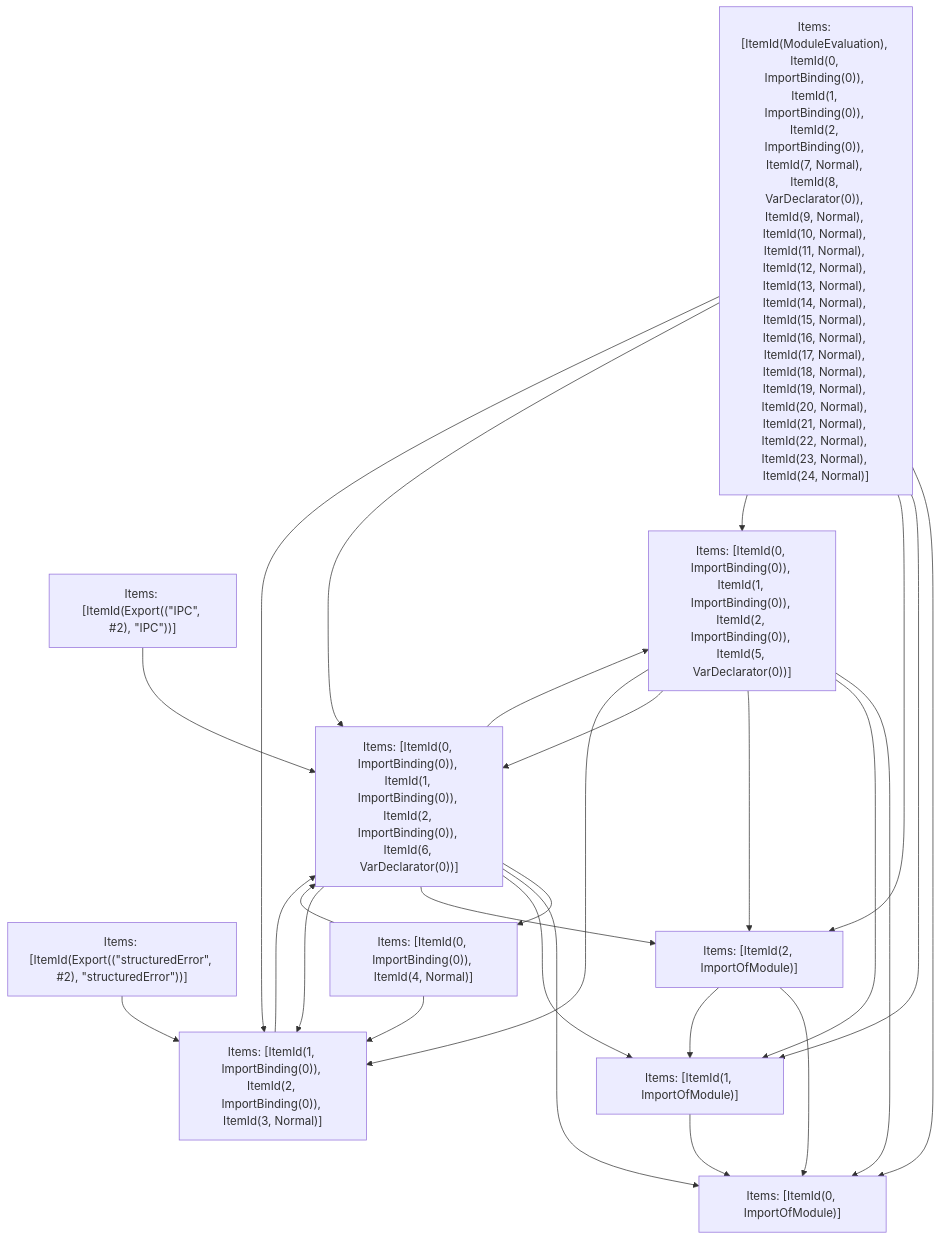
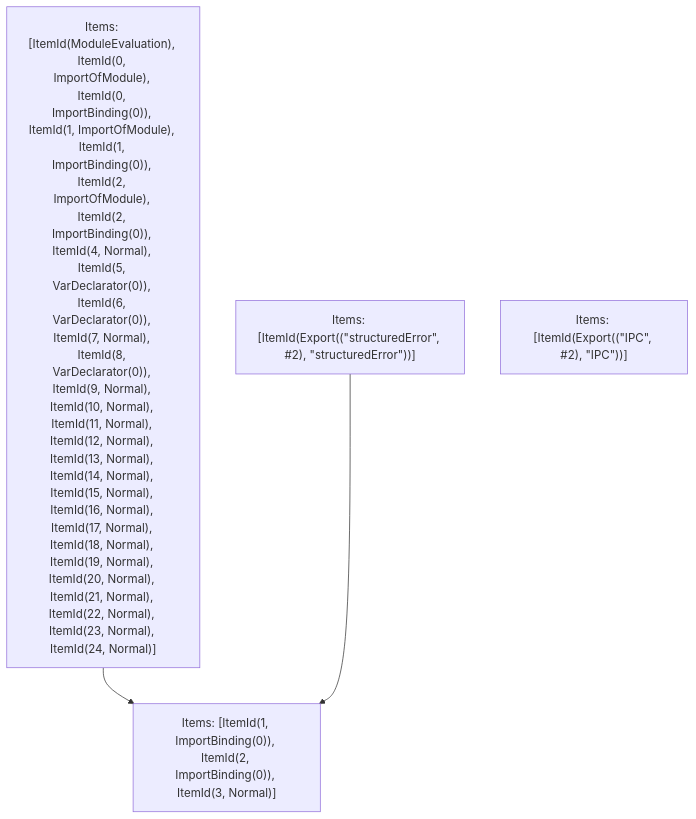
One commit to vercel/turborepo changed the fifth of 5 diagrams in crates/turbopack-ecmascript/tests/tree-shaker/analyzer/ipc-index/output.md. Above: the diagram before and after it, drawn with Mermaid. The commit also changed other lines of this file and 20 other files, not shown here.

````diff
--- a/crates/turbopack-ecmascript/tests/tree-shaker/analyzer/ipc-index/output.md
+++ b/crates/turbopack-ecmascript/tests/tree-shaker/analyzer/ipc-index/output.md
@@ -1609,38 +1608,9 @@
 ```mermaid
 graph TD
-    N0["Items: [ItemId(ModuleEvaluation), ItemId(0, ImportBinding(0)), ItemId(1, ImportBinding(0)), ItemId(2, ImportBinding(0)), ItemId(7, Normal), ItemId(8, VarDeclarator(0)), ItemId(9, Normal), ItemId(10, Normal), ItemId(11, Normal), ItemId(12, Normal), ItemId(13, Normal), ItemId(14, Normal), ItemId(15, Normal), ItemId(16, Normal), ItemId(17, Normal), ItemId(18, Normal), ItemId(19, Normal), ItemId(20, Normal), ItemId(21, Normal), ItemId(22, Normal), ItemId(23, Normal), ItemId(24, Normal)]"];
+    N0["Items: [ItemId(ModuleEvaluation), ItemId(0, ImportOfModule), ItemId(0, ImportBinding(0)), ItemId(1, ImportOfModule), ItemId(1, ImportBinding(0)), ItemId(2, ImportOfModule), ItemId(2, ImportBinding(0)), ItemId(4, Normal), ItemId(5, VarDeclarator(0)), ItemId(6, VarDeclarator(0)), ItemId(7, Normal), ItemId(8, VarDeclarator(0)), ItemId(9, Normal), ItemId(10, Normal), ItemId(11, Normal), ItemId(12, Normal), ItemId(13, Normal), ItemId(14, Normal), ItemId(15, Normal), ItemId(16, Normal), ItemId(17, Normal), ItemId(18, Normal), ItemId(19, Normal), ItemId(20, Normal), ItemId(21, Normal), ItemId(22, Normal), ItemId(23, Normal), ItemId(24, Normal)]"];
     N1["Items: [ItemId(Export((&quot;structuredError&quot;, #2), &quot;structuredError&quot;))]"];
     N2["Items: [ItemId(Export((&quot;IPC&quot;, #2), &quot;IPC&quot;))]"];
-    N3["Items: [ItemId(0, ImportOfModule)]"];
-    N4["Items: [ItemId(1, ImportOfModule)]"];
-    N5["Items: [ItemId(2, ImportOfModule)]"];
-    N6["Items: [ItemId(1, ImportBinding(0)), ItemId(2, ImportBinding(0)), ItemId(3, Normal)]"];
-    N7["Items: [ItemId(0, ImportBinding(0)), ItemId(4, Normal)]"];
-    N8["Items: [ItemId(0, ImportBinding(0)), ItemId(1, ImportBinding(0)), ItemId(2, ImportBinding(0)), ItemId(5, VarDeclarator(0))]"];
-    N9["Items: [ItemId(0, ImportBinding(0)), ItemId(1, ImportBinding(0)), ItemId(2, ImportBinding(0)), ItemId(6, VarDeclarator(0))]"];
+    N3["Items: [ItemId(1, ImportBinding(0)), ItemId(2, ImportBinding(0)), ItemId(3, Normal)]"];
     N0 --> N3;
-    N0 --> N4;
-    N0 --> N5;
-    N0 --> N8;
-    N0 --> N9;
-    N0 --> N6;
-    N1 --> N6;
-    N2 --> N9;
-    N4 --> N3;
-    N5 --> N3;
-    N5 --> N4;
-    N6 --> N9;
-    N7 --> N9;
-    N7 --> N6;
-    N8 --> N3;
-    N8 --> N4;
-    N8 --> N5;
-    N8 --> N9;
-    N8 --> N6;
-    N9 --> N7;
-    N9 --> N8;
-    N9 --> N3;
-    N9 --> N4;
-    N9 --> N5;
-    N9 --> N6;
+    N1 --> N3;
 ```
````
